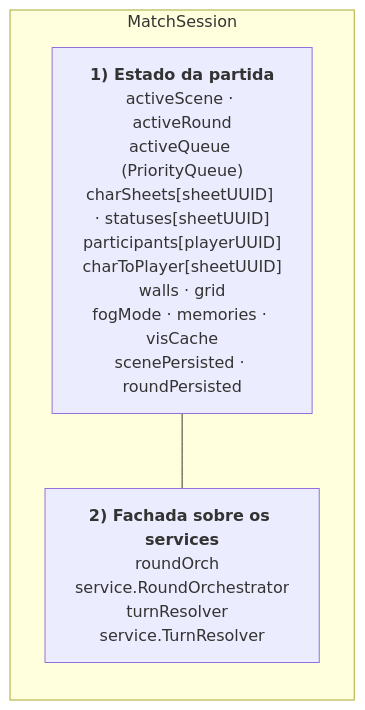
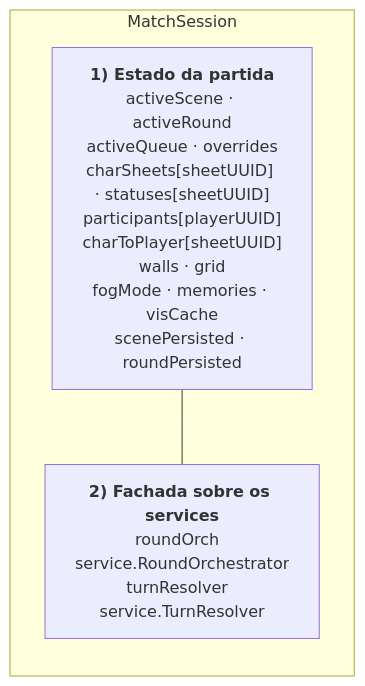
The second of 4 diagrams in docs/dev/match/flows/01-mapa-de-modulos.md (422UR4H/HxH_RPG_System), drawn with Mermaid before and after one commit. The commit also changed other lines of this file and 4 other files, not shown here.

````diff
--- a/docs/dev/match/flows/01-mapa-de-modulos.md
+++ b/docs/dev/match/flows/01-mapa-de-modulos.md
@@ -66,9 +66,9 @@
 ```mermaid
 flowchart LR
     subgraph MS["MatchSession"]
         direction TB
-        state["<b>1) Estado da partida</b><br/>activeScene · activeRound<br/>activeQueue (PriorityQueue)<br/>charSheets[sheetUUID] · statuses[sheetUUID]<br/>participants[playerUUID]<br/>charToPlayer[sheetUUID]<br/>walls · grid<br/>fogMode · memories · visCache<br/>scenePersisted · roundPersisted"]
+        state["<b>1) Estado da partida</b><br/>activeScene · activeRound<br/>activeQueue · overrides<br/>charSheets[sheetUUID] · statuses[sheetUUID]<br/>participants[playerUUID]<br/>charToPlayer[sheetUUID]<br/>walls · grid<br/>fogMode · memories · visCache<br/>scenePersisted · roundPersisted"]
         facade["<b>2) Fachada sobre os services</b><br/>roundOrch  service.RoundOrchestrator<br/>turnResolver  service.TurnResolver"]
     end
     state --- facade
 ```
````
